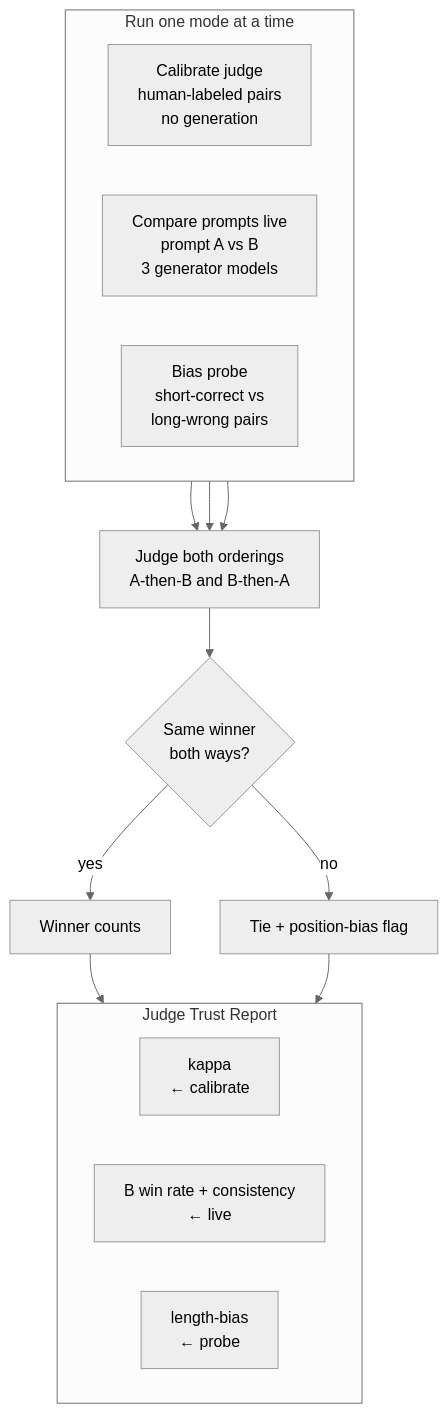
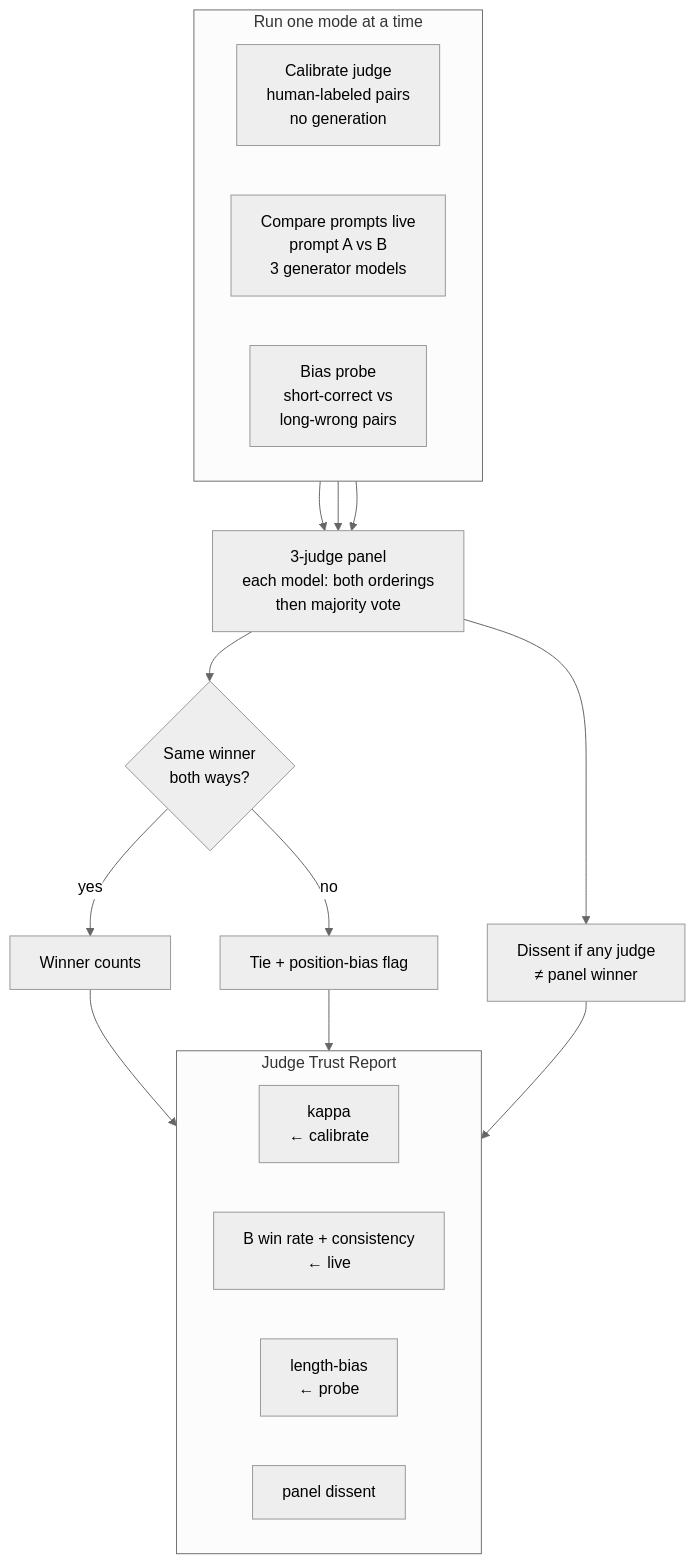
Before and after one commit to yvasilyev92/llm-eval-judge-with-validation: the diagram in README.md, drawn with Mermaid (neutral theme). The commit also changed other lines of this file and 13 other files, not shown here.

Commit message:
3 judge panel update

````diff
--- a/README.md
+++ b/README.md
@@ -13,28 +13,31 @@
 ```mermaid
 flowchart TB
     subgraph modes["Run one mode at a time"]
         direction LR
         C["Calibrate judge<br/>human-labeled pairs<br/>no generation"]
         L["Compare prompts live<br/>prompt A vs B<br/>3 generator models"]
         P["Bias probe<br/>short-correct vs<br/>long-wrong pairs"]
     end
 
-    J["Judge both orderings<br/>A-then-B and B-then-A"]
+    J["3-judge panel<br/>each model: both orderings<br/>then majority vote"]
     C --> J
     L --> J
     P --> J
 
     J --> Q{Same winner<br/>both ways?}
     Q -->|yes| S[Winner counts]
     Q -->|no| T[Tie + position-bias flag]
+    J --> D[Dissent if any judge<br/>≠ panel winner]
 
     S --> R
     T --> R
+    D --> R
 
     subgraph R["Judge Trust Report"]
         direction LR
         K["kappa<br/>← calibrate"]
         W["B win rate + consistency<br/>← live"]
         X["length-bias<br/>← probe"]
+        P2["panel dissent"]
     end
 ```
````
